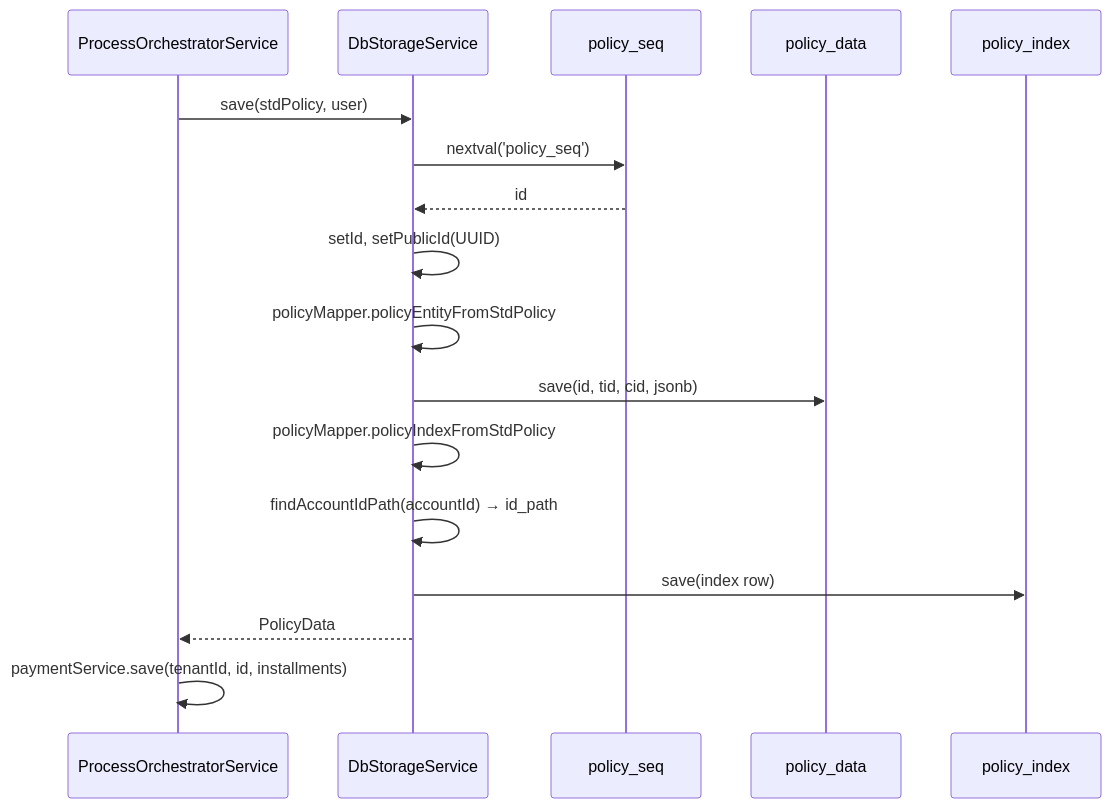
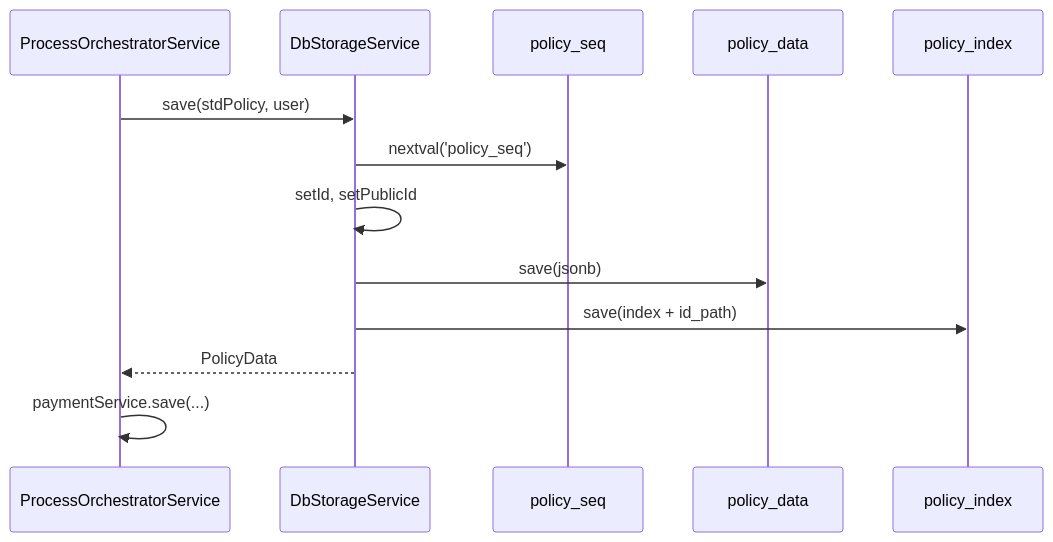
The second of 2 diagrams in PoliTechAPI/docs/POLICY_QUOTE_SAVE.md (OlegSirik/PtDocker), drawn with Mermaid before and after one commit. The commit also changed other lines of this file and 119 other files, not shown here.

First line of the commit message:
Add LLM agents for schema, covers, packages and calculator; introduce policy-entry pages for NS and GAD.

````diff
--- a/PoliTechAPI/docs/POLICY_QUOTE_SAVE.md
+++ b/PoliTechAPI/docs/POLICY_QUOTE_SAVE.md
@@ -335,20 +323,16 @@
 ```mermaid
 sequenceDiagram
     participant Orch as ProcessOrchestratorService
     participant Storage as DbStorageService
     participant Seq as policy_seq
     participant PD as policy_data
     participant PI as policy_index
 
     Orch->>Storage: save(stdPolicy, user)
     Storage->>Seq: nextval('policy_seq')
-    Seq-->>Storage: id
-    Storage->>Storage: setId, setPublicId(UUID)
-    Storage->>Storage: policyMapper.policyEntityFromStdPolicy
-    Storage->>PD: save(id, tid, cid, jsonb)
-    Storage->>Storage: policyMapper.policyIndexFromStdPolicy
-    Storage->>Storage: findAccountIdPath(accountId) → id_path
-    Storage->>PI: save(index row)
+    Storage->>Storage: setId, setPublicId
+    Storage->>PD: save(jsonb)
+    Storage->>PI: save(index + id_path)
     Storage-->>Orch: PolicyData
-    Orch->>Orch: paymentService.save(tenantId, id, installments)
+    Orch->>Orch: paymentService.save(...)
 ```
````
